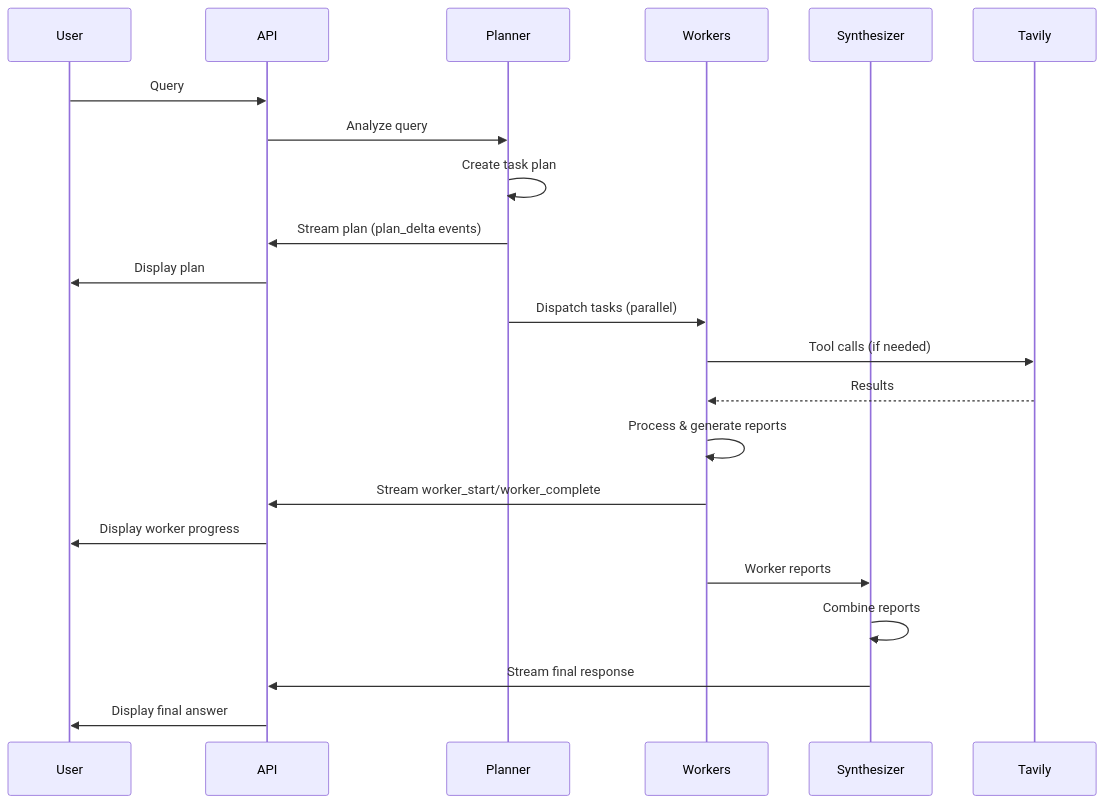
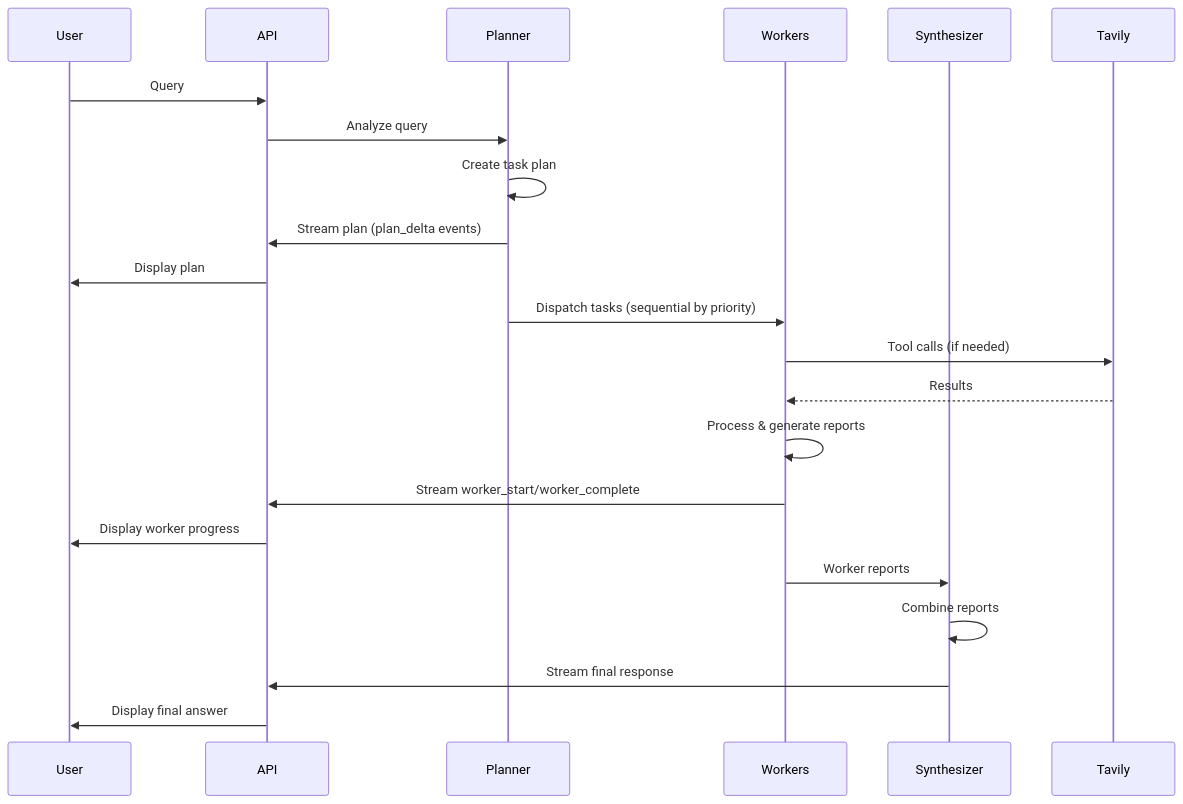
The second of 2 diagrams in README.md (buildwithgagan/marketing-agents-team), drawn with Mermaid before and after one commit. The commit also changed other lines of this file and 4 other files, not shown here.

````diff
--- a/README.md
+++ b/README.md
@@ -146,27 +146,27 @@
 ```mermaid
 sequenceDiagram
     participant User
     participant API
     participant Planner
     participant Workers
     participant Synthesizer
     participant Tavily
 
     User->>API: Query
     API->>Planner: Analyze query
     Planner->>Planner: Create task plan
     Planner->>API: Stream plan (plan_delta events)
     API->>User: Display plan
     
-    Planner->>Workers: Dispatch tasks (parallel)
+    Planner->>Workers: Dispatch tasks (sequential by priority)
     Workers->>Tavily: Tool calls (if needed)
     Tavily-->>Workers: Results
     Workers->>Workers: Process & generate reports
     Workers->>API: Stream worker_start/worker_complete
     API->>User: Display worker progress
     
     Workers->>Synthesizer: Worker reports
     Synthesizer->>Synthesizer: Combine reports
     Synthesizer->>API: Stream final response
     API->>User: Display final answer
 ```
````
